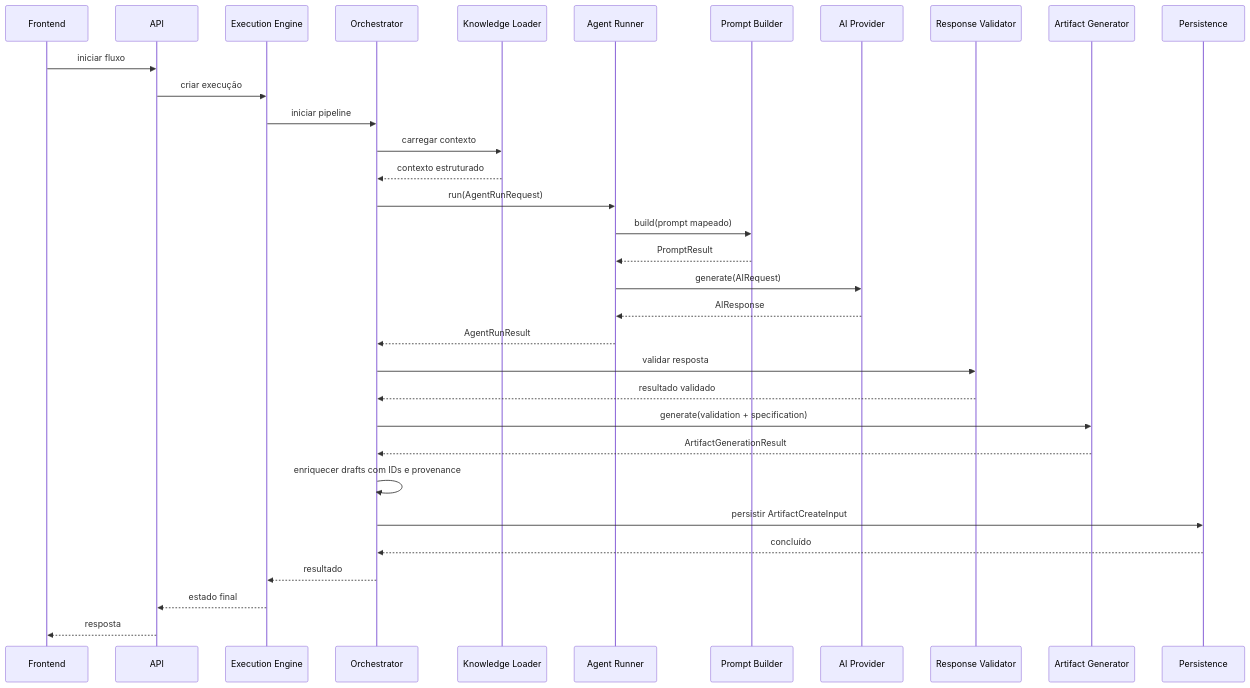
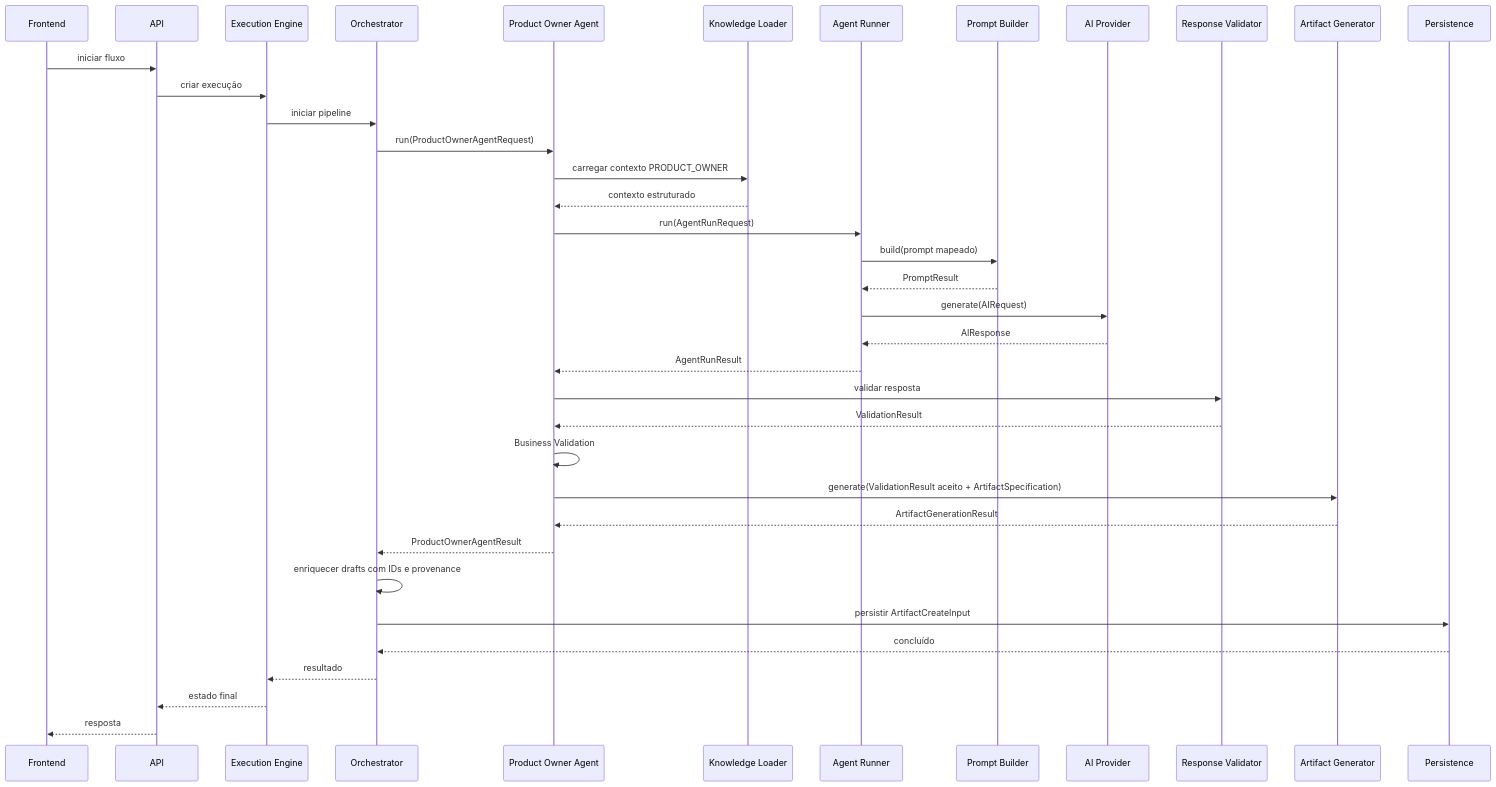
Before and after one commit to felipet66/brq-ai-factory: the diagram in knowledge/24-SYSTEM_DESIGN.md, drawn with Mermaid. The commit also changed other lines of this file and 59 other files, not shown here.

First line of the commit message:
feat(sprint-9): implement product owner agent

````diff
--- a/knowledge/24-SYSTEM_DESIGN.md
+++ b/knowledge/24-SYSTEM_DESIGN.md
@@ -606,36 +622,40 @@
 ```mermaid
 sequenceDiagram
     participant Frontend
     participant API
     participant Engine as Execution Engine
     participant Orchestrator
+    participant PO as Product Owner Agent
     participant Knowledge as Knowledge Loader
     participant Runner as Agent Runner
     participant Prompt as Prompt Builder
     participant Provider as AI Provider
     participant Validator as Response Validator
     participant Artifact as Artifact Generator
     participant DB as Persistence
 
     Frontend->>API: iniciar fluxo
     API->>Engine: criar execução
     Engine->>Orchestrator: iniciar pipeline
-    Orchestrator->>Knowledge: carregar contexto
-    Knowledge-->>Orchestrator: contexto estruturado
-    Orchestrator->>Runner: run(AgentRunRequest)
+    Orchestrator->>PO: run(ProductOwnerAgentRequest)
+    PO->>Knowledge: carregar contexto PRODUCT_OWNER
+    Knowledge-->>PO: contexto estruturado
+    PO->>Runner: run(AgentRunRequest)
     Runner->>Prompt: build(prompt mapeado)
     Prompt-->>Runner: PromptResult
     Runner->>Provider: generate(AIRequest)
     Provider-->>Runner: AIResponse
-    Runner-->>Orchestrator: AgentRunResult
-    Orchestrator->>Validator: validar resposta
-    Validator-->>Orchestrator: resultado validado
-    Orchestrator->>Artifact: generate(validation + specification)
-    Artifact-->>Orchestrator: ArtifactGenerationResult
+    Runner-->>PO: AgentRunResult
+    PO->>Validator: validar resposta
+    Validator-->>PO: ValidationResult
+    PO->>PO: Business Validation
+    PO->>Artifact: generate(ValidationResult aceito + ArtifactSpecification)
+    Artifact-->>PO: ArtifactGenerationResult
+    PO-->>Orchestrator: ProductOwnerAgentResult
     Orchestrator->>Orchestrator: enriquecer drafts com IDs e provenance
     Orchestrator->>DB: persistir ArtifactCreateInput
     DB-->>Orchestrator: concluído
     Orchestrator-->>Engine: resultado
     Engine-->>API: estado final
     API-->>Frontend: resposta
 ```
````
